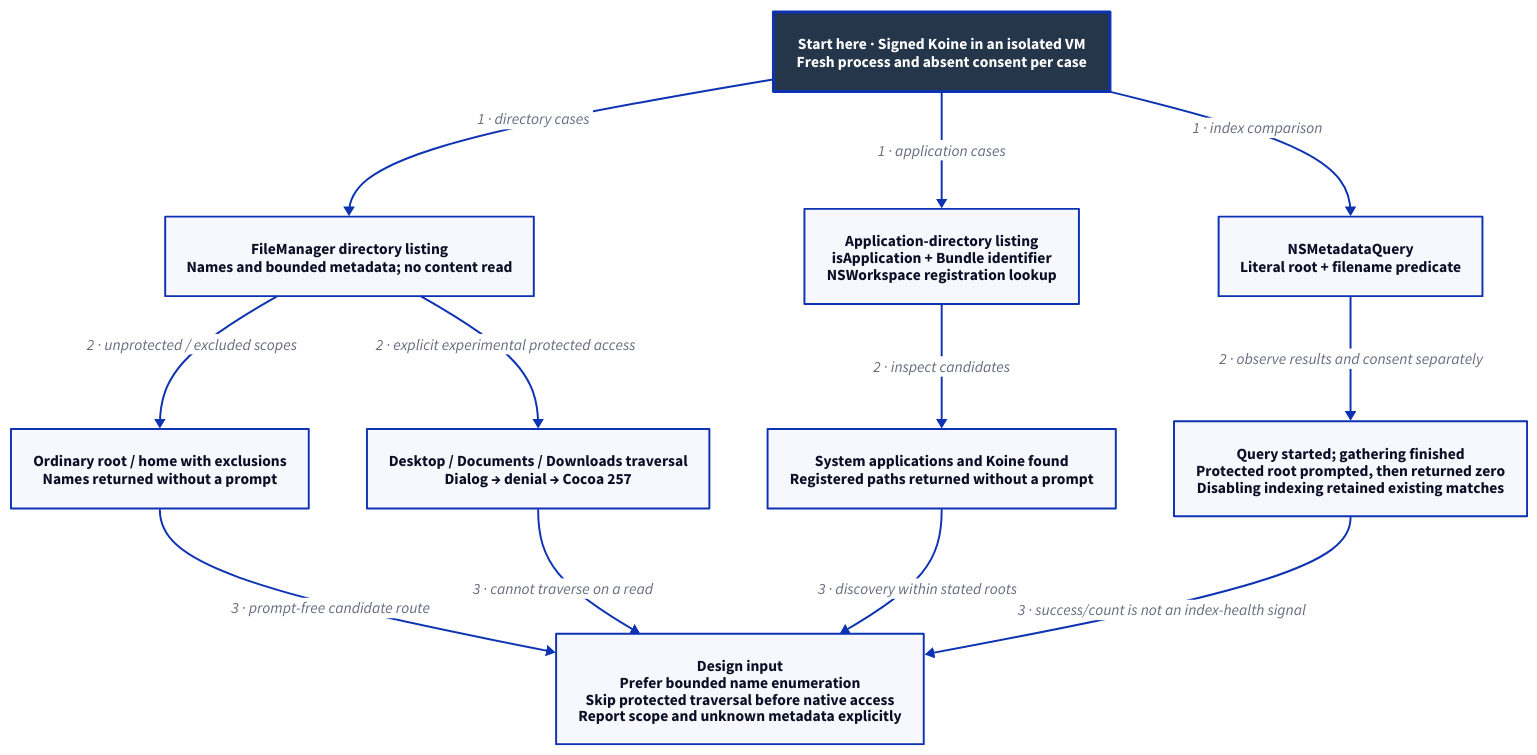
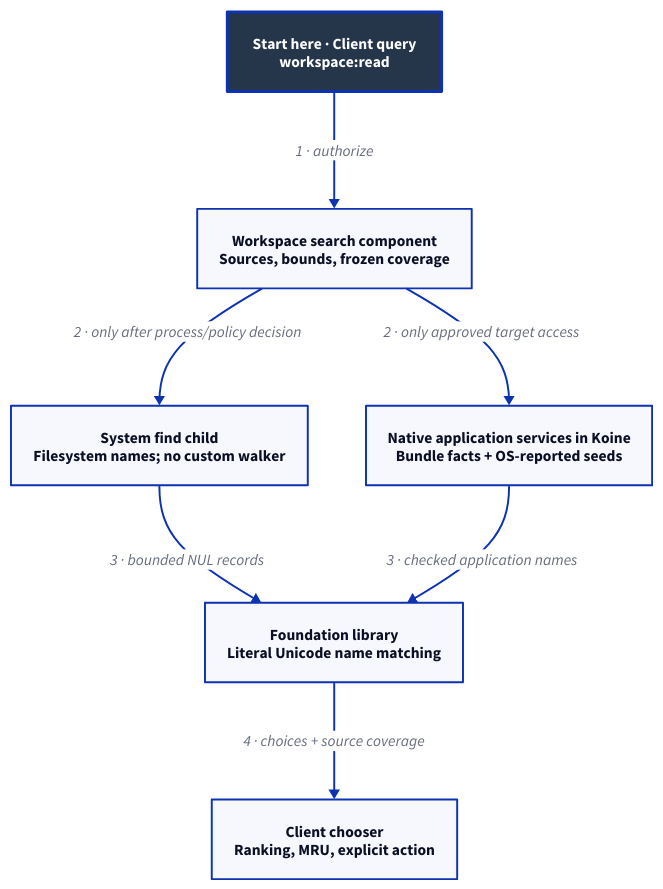
The diagram in docs/design/architecture/search-discovery.d2 (Linkuistics/Koine), drawn with D2 before and after one commit. The commit also changed 142 other files, not shown here.

Commit message:
Design tool-backed application and file search (search-tooling-k195)

```diff
--- a/docs/design/architecture/search-discovery.d2
+++ b/docs/design/architecture/search-discovery.d2
@@ -1,25 +1,17 @@
-# Bounded native observations; not an API or exhaustive coverage proof.
+# Selected mechanism, subject to human choices/review/native acceptance.
 direction: down
 classes: {
   start: {style: {fill: "#25364B"; font-color: "#FFFFFF"; bold: true; stroke-width: 3}}
 }
-Start: "Start here · Signed Koine in an isolated VM\nFresh process and absent consent per case" {class: start}
-Directories: "FileManager directory listing\nNames and bounded metadata; no content read"
-Ordinary: "Ordinary root / home with exclusions\nNames returned without a prompt"
-Protected: "Desktop / Documents / Downloads traversal\nDialog → denial → Cocoa 257"
-Applications: "Application-directory listing\nisApplication + Bundle identifier\nNSWorkspace registration lookup"
-AppResults: "System applications and Koine found\nRegistered paths returned without a prompt"
-Spotlight: "NSMetadataQuery\nLiteral root + filename predicate"
-Ambiguous: "Query started; gathering finished\nProtected root prompted, then returned zero\nDisabling indexing retained existing matches"
-DesignInput: "Design input\nPrefer bounded name enumeration\nSkip protected traversal before native access\nReport scope and unknown metadata explicitly"
-Start -> Directories: "1 · directory cases"
-Directories -> Ordinary: "2 · unprotected / excluded scopes"
-Directories -> Protected: "2 · explicit experimental protected access"
-Start -> Applications: "1 · application cases"
-Applications -> AppResults: "2 · inspect candidates"
-Start -> Spotlight: "1 · index comparison"
-Spotlight -> Ambiguous: "2 · observe results and consent separately"
-Ordinary -> DesignInput: "3 · prompt-free candidate route"
-Protected -> DesignInput: "3 · cannot traverse on a read"
-AppResults -> DesignInput: "3 · discovery within stated roots"
-Ambiguous -> DesignInput: "3 · success/count is not an index-health signal"
+Start: "Start here · Client query\nworkspace:read" {class: start}
+Workspace: "Workspace search component\nSources, bounds, frozen coverage"
+Find: "System find child\nFilesystem names; no custom walker"
+Foundation: "Foundation library\nLiteral Unicode name matching"
+Native: "Native application services in Koine\nBundle facts + OS-reported seeds"
+Client: "Client chooser\nRanking, MRU, explicit action"
+Start -> Workspace: "1 · authorize"
+Workspace -> Find: "2 · only after process/policy decision"
+Workspace -> Native: "2 · only approved target access"
+Find -> Foundation: "3 · bounded NUL records"
+Native -> Foundation: "3 · checked application names"
+Foundation -> Client: "4 · choices + source coverage"
```
